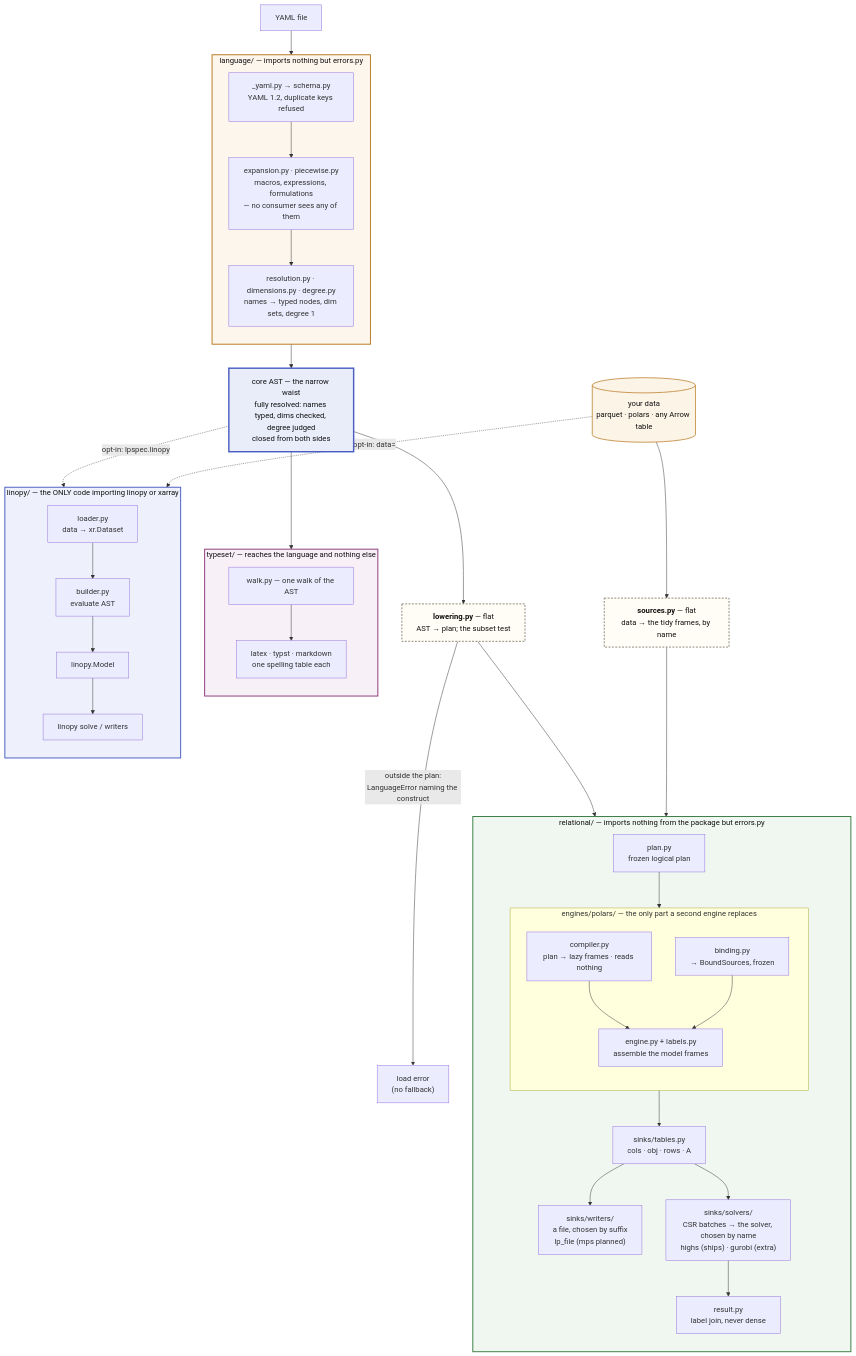
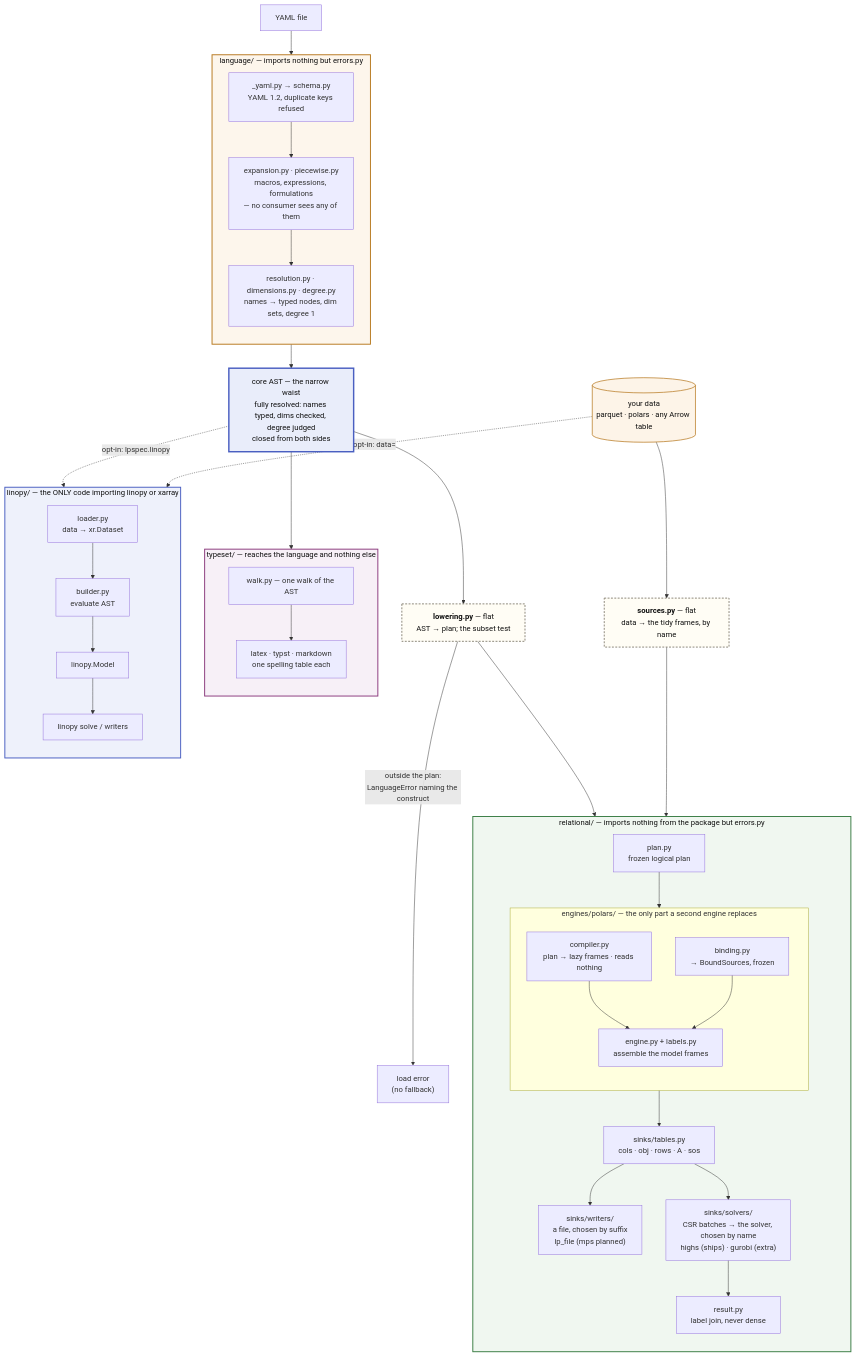
Before and after one commit to FBumann/linopy-yaml: the first of 2 diagrams in docs/ARCHITECTURE.md, drawn with Mermaid. The commit also changed other lines of this file and 28 other files, not shown here.

````diff
--- a/docs/ARCHITECTURE.md
+++ b/docs/ARCHITECTURE.md
@@ -47,67 +47,67 @@
 ```mermaid
 flowchart TB
     Y[YAML file] --> LANG
 
     subgraph LANG["language/ — imports nothing but errors.py"]
         direction TB
         SCHEMA["_yaml.py → schema.py<br/>YAML 1.2, duplicate keys refused"]
         SCHEMA --> EXPAND["expansion.py · piecewise.py<br/>macros, expressions, formulations<br/>— no consumer sees any of them"]
         EXPAND --> RESOLVE["resolution.py · dimensions.py · degree.py<br/>names → typed nodes, dim sets, degree 1"]
     end
 
     LANG --> AST["core AST — the narrow waist<br/>fully resolved: names typed, dims checked, degree judged<br/>closed from both sides"]
 
     AST --> LOWER
     AST --> WALK
     AST -.->|"opt-in: lpspec.linopy"| BUILD
 
     DATA[("your data<br/>parquet · polars · any Arrow table")] --> SRC
     DATA -.->|"opt-in: data="| LOAD
 
     LOWER["<b>lowering.py</b> — flat<br/>AST → plan; the subset test"]
     SRC["<b>sources.py</b> — flat<br/>data → the tidy frames, by name"]
 
     LOWER --> PLAN
     SRC --> BIND
     LOWER -->|"outside the plan:<br/>LanguageError naming the construct"| ERR["load error<br/>(no fallback)"]
 
     subgraph REL["relational/ — imports nothing from the package but errors.py"]
         direction TB
         PLAN["plan.py<br/>frozen logical plan"] --> ENG
         subgraph ENG["engines/polars/ — the only part a second engine replaces"]
             direction TB
             COMP["compiler.py<br/>plan → lazy frames · reads nothing"] --> ENGINE
             BIND["binding.py<br/>→ BoundSources, frozen"] --> ENGINE["engine.py + labels.py<br/>assemble the model frames"]
         end
-        ENG --> TABLES["sinks/tables.py<br/>cols · obj · rows · A"]
+        ENG --> TABLES["sinks/tables.py<br/>cols · obj · rows · A · sos"]
         TABLES --> LPS["sinks/writers/<br/>a file, chosen by suffix<br/>lp_file (mps planned)"]
         TABLES --> DIRECT["sinks/solvers/<br/>CSR batches → the solver, chosen by name<br/>highs (ships) · gurobi (extra)"]
         DIRECT --> SOL["result.py<br/>label join, never dense"]
     end
 
     subgraph TS["typeset/ — reaches the language and nothing else"]
         direction TB
         WALK["walk.py — one walk of the AST"] --> FMT["latex · typst · markdown<br/>one spelling table each"]
     end
 
     subgraph EAGER["linopy/ — the ONLY code importing linopy or xarray"]
         direction TB
         LOAD["loader.py<br/>data → xr.Dataset"] --> BUILD["builder.py<br/>evaluate AST"]
         BUILD --> MODEL[linopy.Model] --> SOLVE["linopy solve / writers"]
     end
 
     classDef laneL fill:#fdf6ec,stroke:#b7791f,stroke-width:2px,color:#111
     classDef laneR fill:#f0f7f0,stroke:#3a7d44,stroke-width:2px,color:#111
     classDef laneE fill:#eef1fb,stroke:#4a5fc1,stroke-width:2px,color:#111
     classDef laneT fill:#f7f0f7,stroke:#8b3a7d,stroke-width:2px,color:#111
     classDef waist fill:#e9edfa,stroke:#4a5fc1,stroke-width:3px,color:#111
     classDef flat fill:#fffdf5,stroke:#8a8578,stroke-width:2px,stroke-dasharray:4 3,color:#111
     classDef data fill:#fdf4e8,stroke:#b7791f,stroke-width:1.5px,color:#111
     class LANG laneL
     class REL laneR
     class EAGER laneE
     class TS laneT
     class AST waist
     class LOWER,SRC flat
     class DATA data
 ```
````
